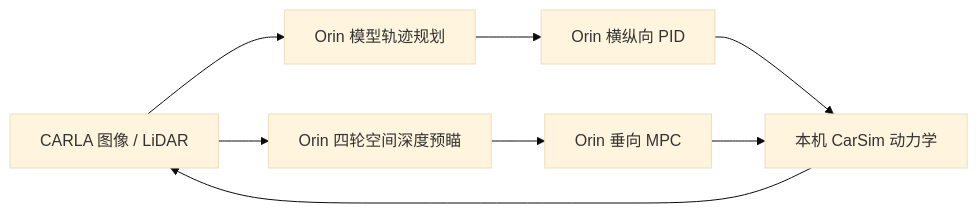
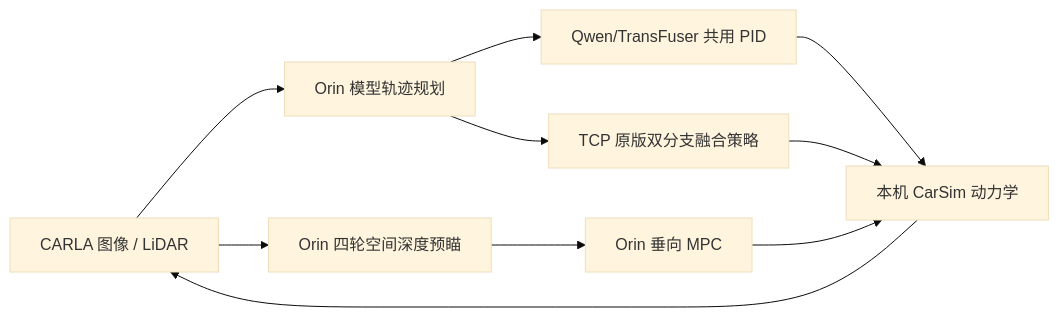
The diagram in carsim_mpc_quick/orin/AUTODRIVING.md (LuckySweetRain/suspension_control_all), drawn with Mermaid (base theme) before and after one commit. The commit also changed other lines of this file and 10 other files, not shown here.

````diff
--- a/carsim_mpc_quick/orin/AUTODRIVING.md
+++ b/carsim_mpc_quick/orin/AUTODRIVING.md
@@ -7,10 +8,12 @@
 ```mermaid
 flowchart LR
   CARLA[CARLA 图像 / LiDAR] --> Planner[Orin 模型轨迹规划]
-  Planner --> PID[Orin 横纵向 PID]
+  Planner --> PID[Qwen/TransFuser 共用 PID]
+  Planner --> TCP[TCP 原版双分支融合策略]
   CARLA --> Depth[Orin 四轮空间深度预瞄]
   Depth --> MPC[Orin 垂向 MPC]
   PID --> CarSim[本机 CarSim 动力学]
+  TCP --> CarSim
   MPC --> CarSim
   CarSim --> CARLA
 ```
````
